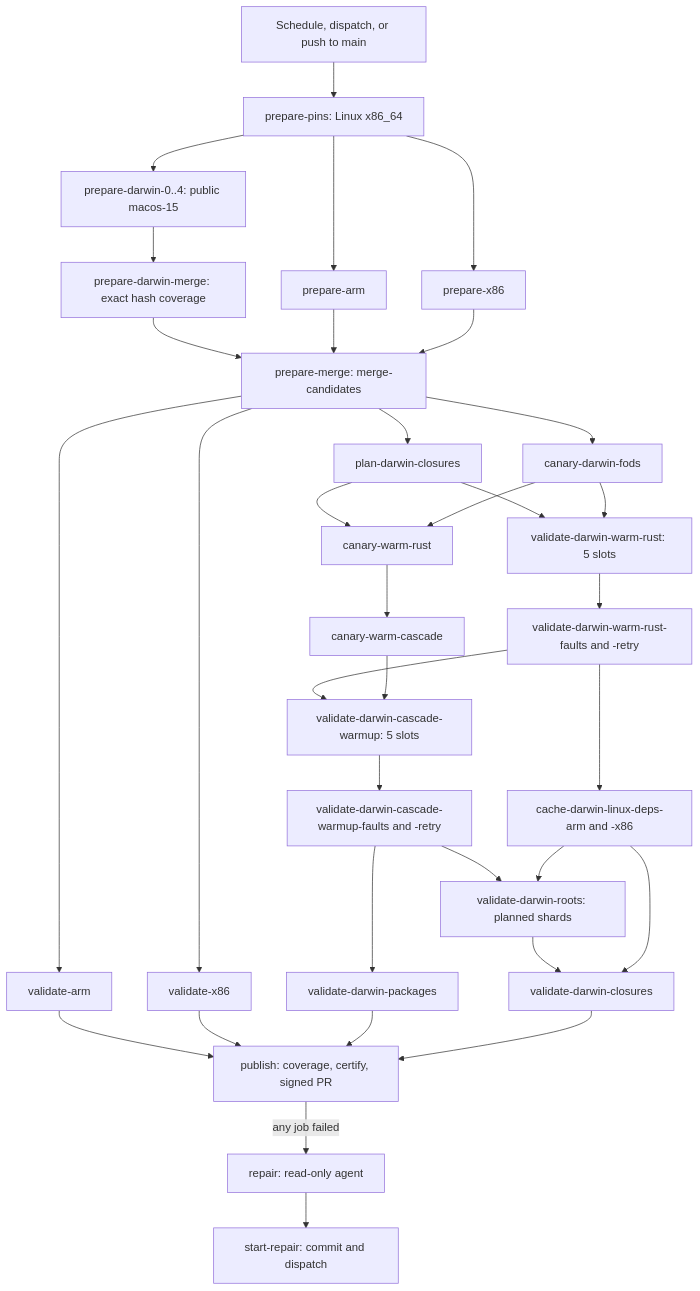
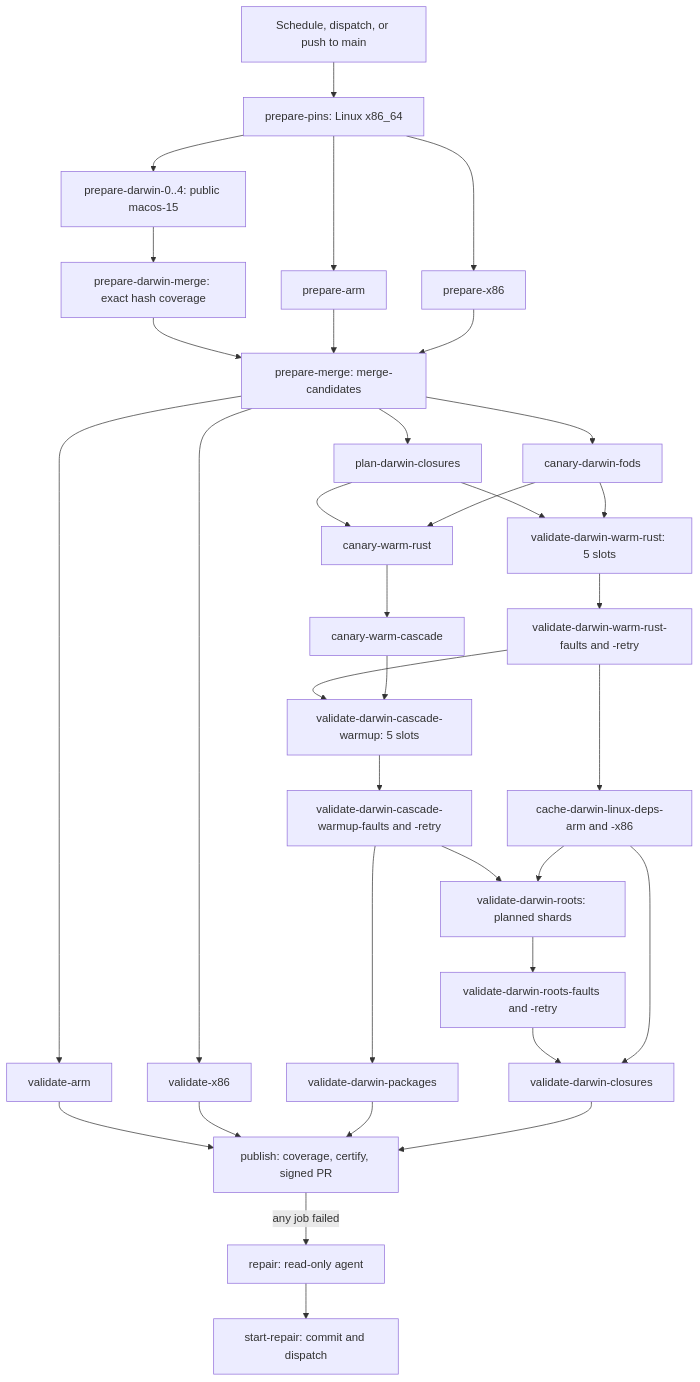
Before and after one commit to gkze/nixcfg: the diagram in docs/update/ci.md, drawn with Mermaid. The commit also changed other lines of this file and 9 other files, not shown here.

First line of the commit message:
fix(ci): retry device-faulted Darwin root shards on a fresh VM (#404)

````diff
--- a/docs/update/ci.md
+++ b/docs/update/ci.md
@@ -22,36 +22,37 @@
 ```mermaid
 flowchart TD
   Trigger[Schedule, dispatch, or push to main] --> PINS[prepare-pins: Linux x86_64]
   PINS --> PD[prepare-darwin-0..4: public macos-15]
   PINS --> PA[prepare-arm]
   PINS --> PX[prepare-x86]
   PD --> DM[prepare-darwin-merge: exact hash coverage]
   DM --> MERGE[prepare-merge: merge-candidates]
   PA --> MERGE
   PX --> MERGE
   MERGE --> VA[validate-arm]
   MERGE --> VX[validate-x86]
   MERGE --> PLAN[plan-darwin-closures]
   MERGE --> FODS[canary-darwin-fods]
   PLAN --> RUST[validate-darwin-warm-rust: 5 slots]
   FODS --> RUST
   PLAN --> CR[canary-warm-rust]
   FODS --> CR
   CR --> CC[canary-warm-cascade]
   RUST --> RF[validate-darwin-warm-rust-faults and -retry]
   RF --> CASCADE[validate-darwin-cascade-warmup: 5 slots]
   CC --> CASCADE
   RF --> DEPS[cache-darwin-linux-deps-arm and -x86]
   CASCADE --> CF[validate-darwin-cascade-warmup-faults and -retry]
   CF --> PKG[validate-darwin-packages]
   CF --> ROOTS[validate-darwin-roots: planned shards]
   DEPS --> ROOTS
-  ROOTS --> CLOS[validate-darwin-closures]
+  ROOTS --> RRF[validate-darwin-roots-faults and -retry]
+  RRF --> CLOS[validate-darwin-closures]
   DEPS --> CLOS
   VA --> PUB[publish: coverage, certify, signed PR]
   VX --> PUB
   PKG --> PUB
   CLOS --> PUB
   PUB -->|any job failed| REPAIR[repair: read-only agent]
   REPAIR --> START[start-repair: commit and dispatch]
 ```
````
